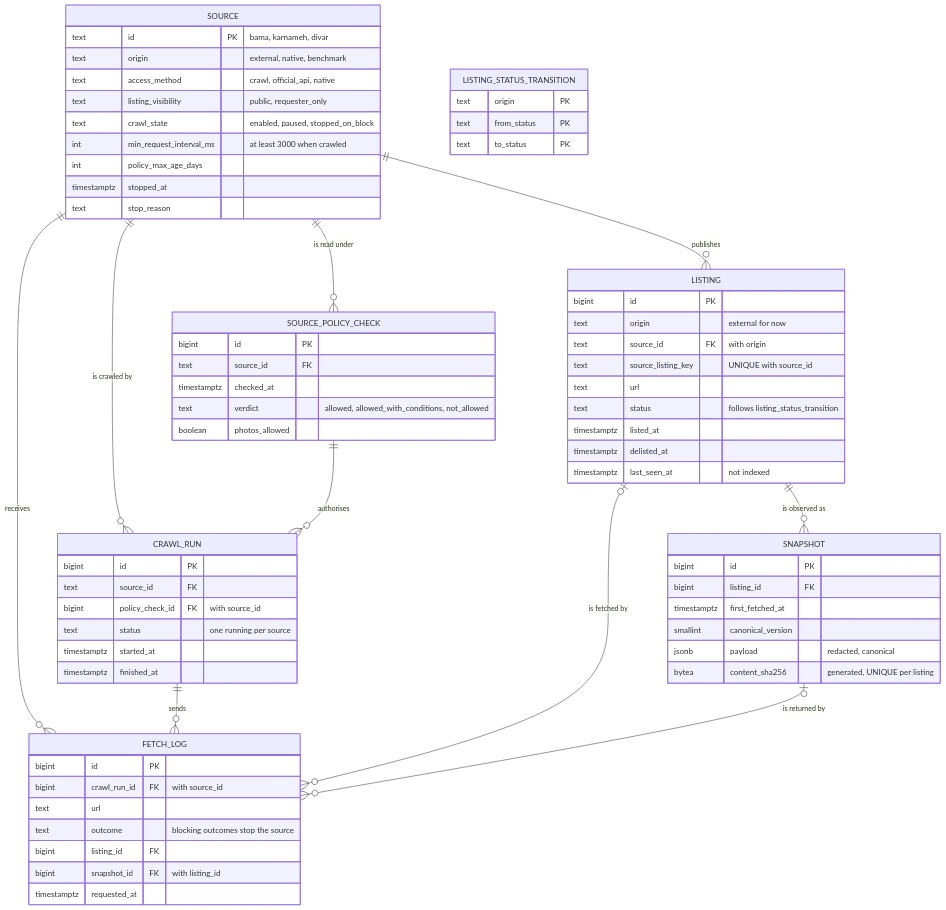
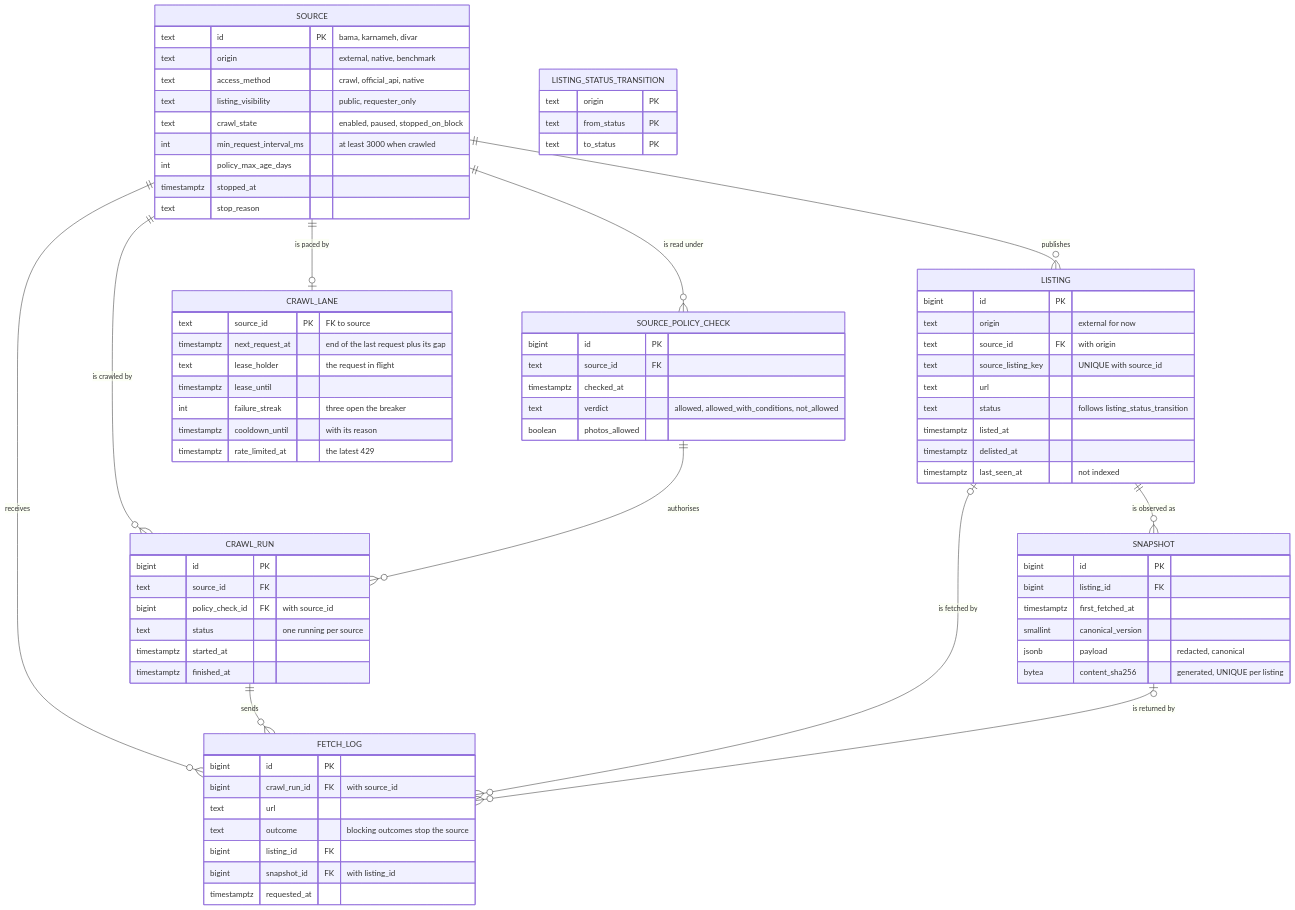
One commit to youridol544/carshenas changed the first of 2 diagrams in docs/design/data-model.md. Above: the diagram before and after it, drawn with Mermaid. The commit also changed other lines of this file and 18 other files, not shown here.

First line of the commit message:
CS-32: add the worker role, the job queue schema and the crawl lanes

````diff
--- a/docs/design/data-model.md
+++ b/docs/design/data-model.md
@@ -439,72 +477,82 @@
 ```mermaid
 erDiagram
     SOURCE ||--o{ SOURCE_POLICY_CHECK : "is read under"
     SOURCE ||--o{ CRAWL_RUN : "is crawled by"
     SOURCE_POLICY_CHECK ||--o{ CRAWL_RUN : "authorises"
     SOURCE ||--o{ LISTING : "publishes"
     SOURCE ||--o{ FETCH_LOG : "receives"
     CRAWL_RUN ||--o{ FETCH_LOG : "sends"
     LISTING |o--o{ FETCH_LOG : "is fetched by"
     LISTING ||--o{ SNAPSHOT : "is observed as"
     SNAPSHOT |o--o{ FETCH_LOG : "is returned by"
+    SOURCE ||--o| CRAWL_LANE : "is paced by"
 
     SOURCE {
         text id PK "bama, karnameh, divar"
         text origin "external, native, benchmark"
         text access_method "crawl, official_api, native"
         text listing_visibility "public, requester_only"
         text crawl_state "enabled, paused, stopped_on_block"
         int min_request_interval_ms "at least 3000 when crawled"
         int policy_max_age_days
         timestamptz stopped_at
         text stop_reason
+    }
+    CRAWL_LANE {
+        text source_id PK "FK to source"
+        timestamptz next_request_at "end of the last request plus its gap"
+        text lease_holder "the request in flight"
+        timestamptz lease_until
+        int failure_streak "three open the breaker"
+        timestamptz cooldown_until "with its reason"
+        timestamptz rate_limited_at "the latest 429"
     }
     SOURCE_POLICY_CHECK {
         bigint id PK
         text source_id FK
         timestamptz checked_at
         text verdict "allowed, allowed_with_conditions, not_allowed"
         boolean photos_allowed
     }
     CRAWL_RUN {
         bigint id PK
         text source_id FK
         bigint policy_check_id FK "with source_id"
         text status "one running per source"
         timestamptz started_at
         timestamptz finished_at
     }
     LISTING {
         bigint id PK
         text origin "external for now"
         text source_id FK "with origin"
         text source_listing_key "UNIQUE with source_id"
         text url
         text status "follows listing_status_transition"
         timestamptz listed_at
         timestamptz delisted_at
         timestamptz last_seen_at "not indexed"
     }
     LISTING_STATUS_TRANSITION {
         text origin PK
         text from_status PK
         text to_status PK
     }
     FETCH_LOG {
         bigint id PK
         bigint crawl_run_id FK "with source_id"
         text url
         text outcome "blocking outcomes stop the source"
         bigint listing_id FK
         bigint snapshot_id FK "with listing_id"
         timestamptz requested_at
     }
     SNAPSHOT {
         bigint id PK
         bigint listing_id FK
         timestamptz first_fetched_at
         smallint canonical_version
         jsonb payload "redacted, canonical"
         bytea content_sha256 "generated, UNIQUE per listing"
     }
 ```
````
